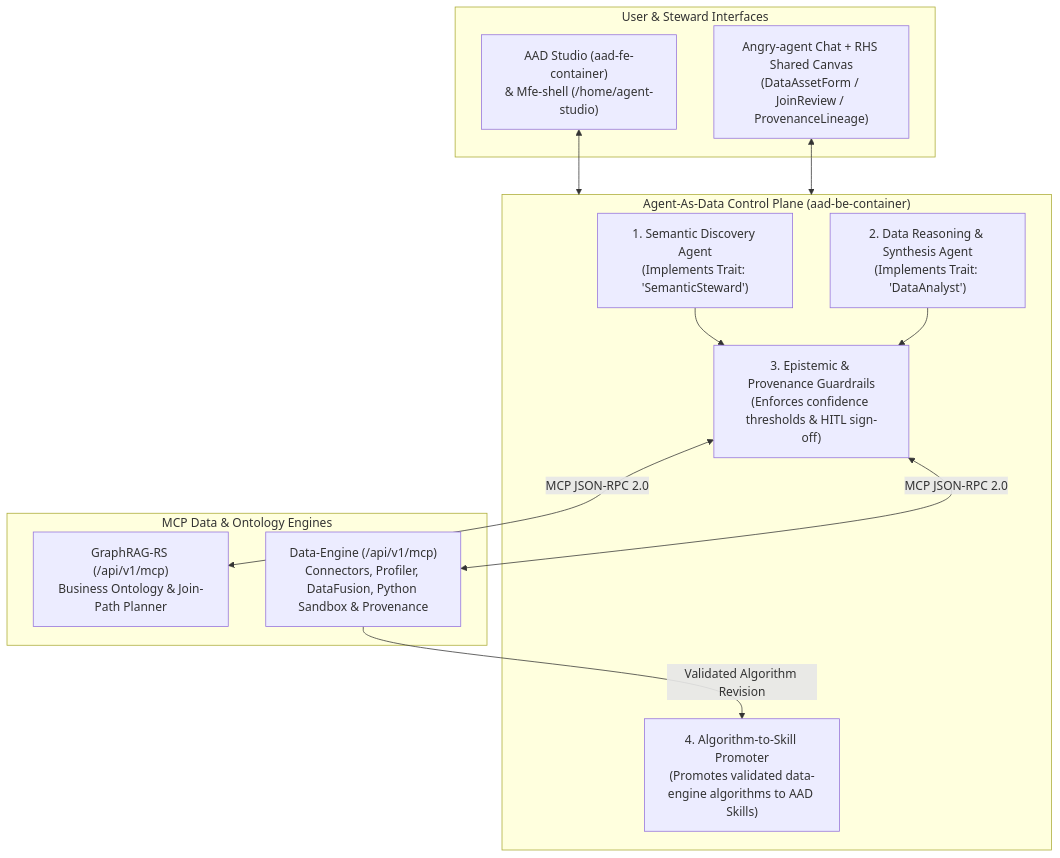
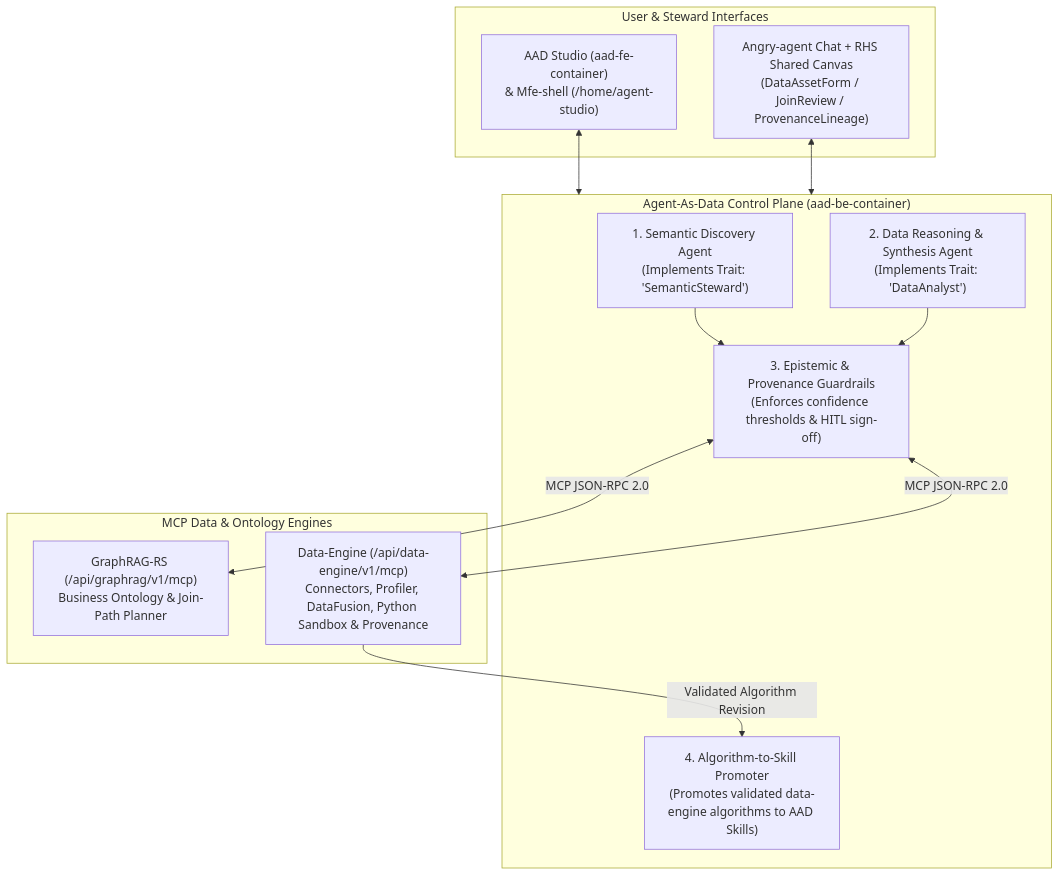
Before and after one commit to PolecatWorks/agent-as-data: the first of 2 diagrams in spec/prds/data-semantic-stewardship-and-provenance-prd.md, drawn with Mermaid. The commit also changed 1 other file, not shown here.

Commit message:
docs(prds): align cross-repo MCP endpoint prefixes and clarify mock provider security scope

````diff
--- a/spec/prds/data-semantic-stewardship-and-provenance-prd.md
+++ b/spec/prds/data-semantic-stewardship-and-provenance-prd.md
@@ -10,25 +10,25 @@
 ```mermaid
 flowchart TB
     subgraph UI["User & Steward Interfaces"]
         Studio["AAD Studio (aad-fe-container)\n& Mfe-shell (/home/agent-studio)"]
         Chat["Angry-agent Chat + RHS Shared Canvas\n(DataAssetForm / JoinReview / ProvenanceLineage)"]
     end
 
     subgraph AAD["Agent-As-Data Control Plane (aad-be-container)"]
         DiscoveryAgent["1. Semantic Discovery Agent\n(Implements Trait: 'SemanticSteward')"]
         AnalystAgent["2. Data Reasoning & Synthesis Agent\n(Implements Trait: 'DataAnalyst')"]
         EpistemicGuard["3. Epistemic & Provenance Guardrails\n(Enforces confidence thresholds & HITL sign-off)"]
         SkillPromoter["4. Algorithm-to-Skill Promoter\n(Promotes validated data-engine algorithms to AAD Skills)"]
     end
 
     subgraph Engines["MCP Data & Ontology Engines"]
-        GraphRAG["GraphRAG-RS (/api/v1/mcp)\nBusiness Ontology & Join-Path Planner"]
-        DataEngine["Data-Engine (/api/v1/mcp)\nConnectors, Profiler, DataFusion, Python Sandbox & Provenance"]
+        GraphRAG["GraphRAG-RS (/api/graphrag/v1/mcp)\nBusiness Ontology & Join-Path Planner"]
+        DataEngine["Data-Engine (/api/data-engine/v1/mcp)\nConnectors, Profiler, DataFusion, Python Sandbox & Provenance"]
     end
 
     Studio & Chat <--> AAD
     DiscoveryAgent & AnalystAgent --> EpistemicGuard
     EpistemicGuard <-->|"MCP JSON-RPC 2.0"| GraphRAG
     EpistemicGuard <-->|"MCP JSON-RPC 2.0"| DataEngine
     DataEngine -->|"Validated Algorithm Revision"| SkillPromoter
 ```
````
